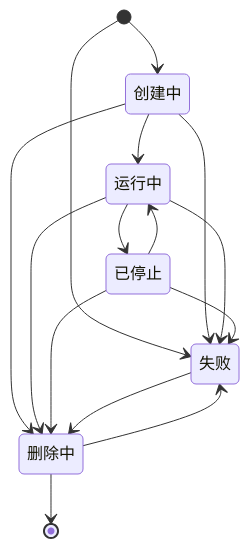
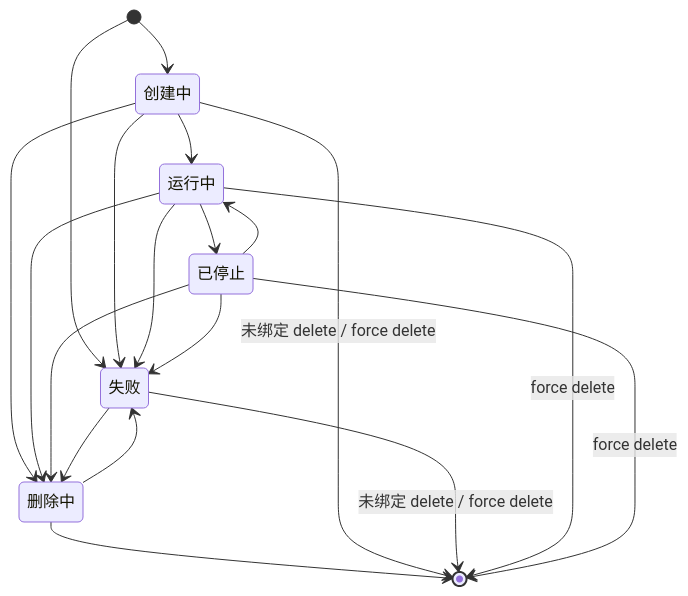
Before and after one commit to ExplodingDragon/gitea-dev: the first of 4 diagrams in src/state-machine.md, drawn with Mermaid. The commit also changed other lines of this file and 9 other files, not shown here.

````diff
--- a/src/state-machine.md
+++ b/src/state-machine.md
@@ -42,25 +42,29 @@
 ```mermaid
 stateDiagram-v2
     direction TB
 
     creating: 创建中
     running: 运行中
     stopped: 已停止
     deleting: 删除中
     failed: 失败
 
     [*] --> creating
     [*] --> failed
     creating --> running
     creating --> failed
     running --> stopped
     running --> failed
     stopped --> running
     stopped --> failed
     creating --> deleting
     running --> deleting
     stopped --> deleting
     failed --> deleting
     deleting --> [*]
     deleting --> failed
+    creating --> [*]: 未绑定 delete / force delete
+    failed --> [*]: 未绑定 delete / force delete
+    running --> [*]: force delete
+    stopped --> [*]: force delete
 ```
````
